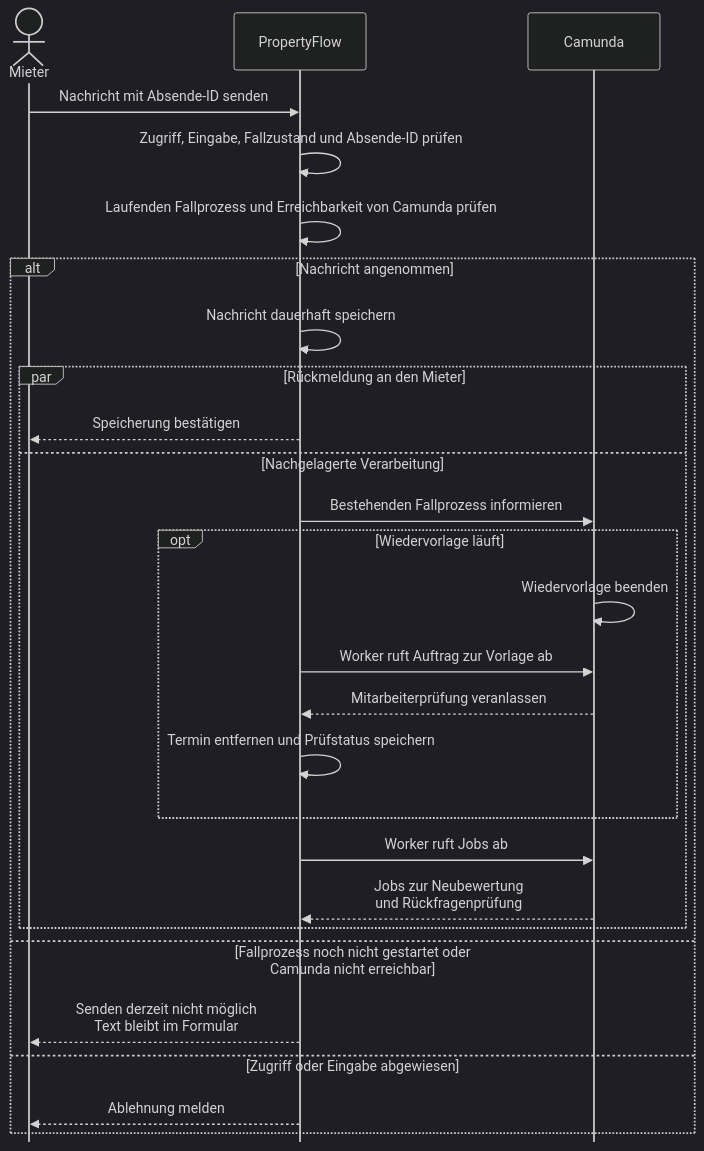
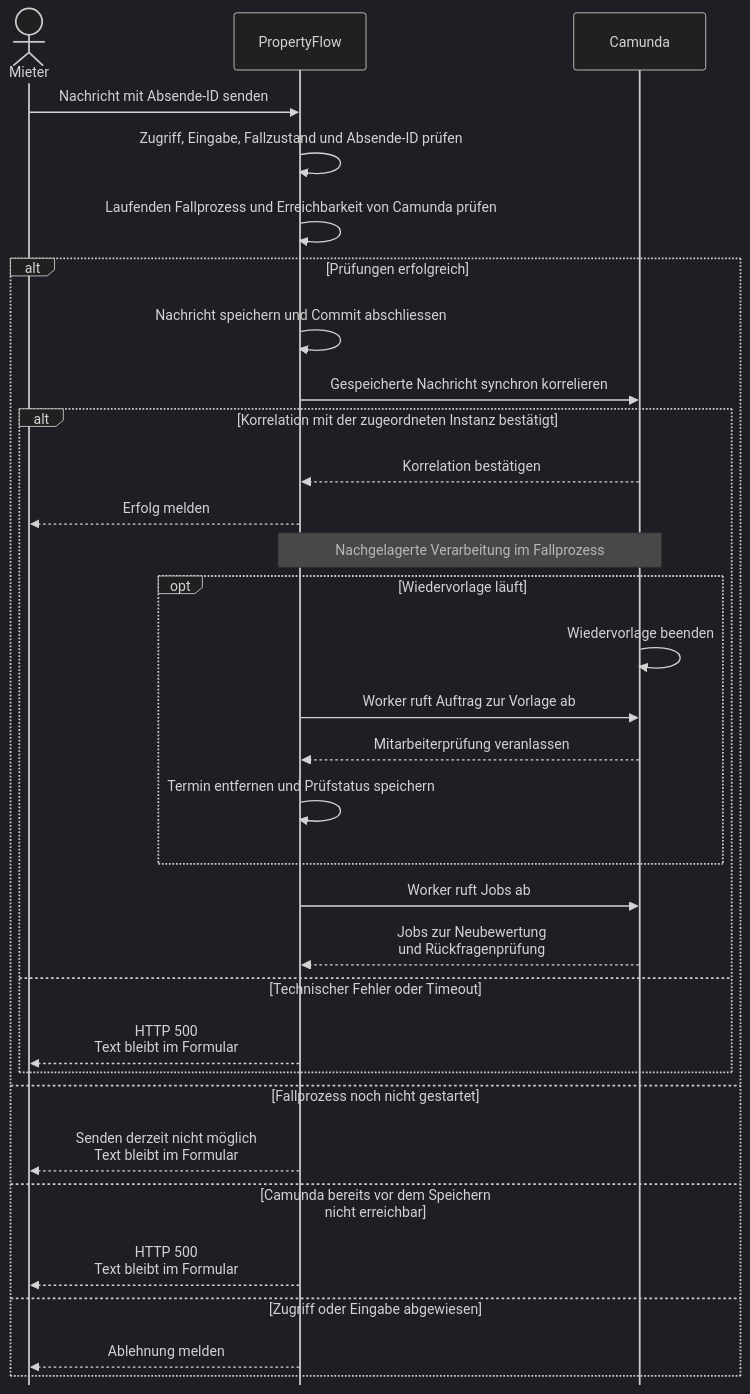
One commit to permarco/propertyflow changed the second of 2 diagrams in docs/use_cases/UC-009-mieteranliegen-ergaenzen.md. Above: the diagram before and after it, drawn with Mermaid (dark theme). The commit also changed other lines of this file and 20 other files, not shown here.

Commit message:
feat: Fallzugriff absichern und Camunda-Verträge präzisieren

````diff
--- a/docs/use_cases/UC-009-mieteranliegen-ergaenzen.md
+++ b/docs/use_cases/UC-009-mieteranliegen-ergaenzen.md
@@ -51,35 +51,40 @@
 ```mermaid
 ---
 config:
   sequence:
     mirrorActors: false
 ---
 sequenceDiagram
     actor M as Mieter
     participant P as PropertyFlow
     participant C as Camunda
 
     M->>P: Nachricht mit Absende-ID senden
     P->>P: Zugriff, Eingabe, Fallzustand und Absende-ID prüfen
     P->>P: Laufenden Fallprozess und Erreichbarkeit von Camunda prüfen
-    alt Nachricht angenommen
-        P->>P: Nachricht dauerhaft speichern
-        par Rückmeldung an den Mieter
-            P-->>M: Speicherung bestätigen
-        and Nachgelagerte Verarbeitung
-            P->>C: Bestehenden Fallprozess informieren
+    alt Prüfungen erfolgreich
+        P->>P: Nachricht speichern und Commit abschliessen
+        P->>C: Gespeicherte Nachricht synchron korrelieren
+        alt Korrelation mit der zugeordneten Instanz bestätigt
+            C-->>P: Korrelation bestätigen
+            P-->>M: Erfolg melden
+            Note over P,C: Nachgelagerte Verarbeitung im Fallprozess
             opt Wiedervorlage läuft
                 C->>C: Wiedervorlage beenden
                 P->>C: Worker ruft Auftrag zur Vorlage ab
                 C-->>P: Mitarbeiterprüfung veranlassen
                 P->>P: Termin entfernen und Prüfstatus speichern
             end
             P->>C: Worker ruft Jobs ab
             C-->>P: Jobs zur Neubewertung<br/>und Rückfragenprüfung
+        else Technischer Fehler oder Timeout
+            P-->>M: HTTP 500<br/>Text bleibt im Formular
         end
-    else Fallprozess noch nicht gestartet oder Camunda nicht erreichbar
+    else Fallprozess noch nicht gestartet
         P-->>M: Senden derzeit nicht möglich<br/>Text bleibt im Formular
+    else Camunda bereits vor dem Speichern nicht erreichbar
+        P-->>M: HTTP 500<br/>Text bleibt im Formular
     else Zugriff oder Eingabe abgewiesen
         P-->>M: Ablehnung melden
     end
 ```
````
